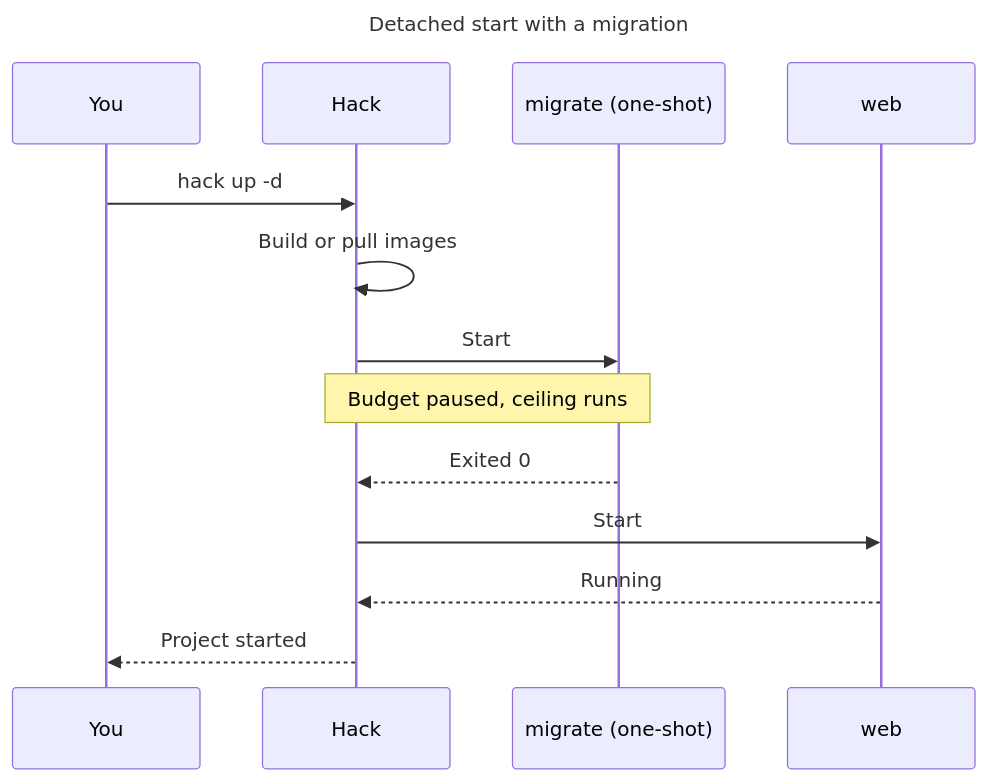
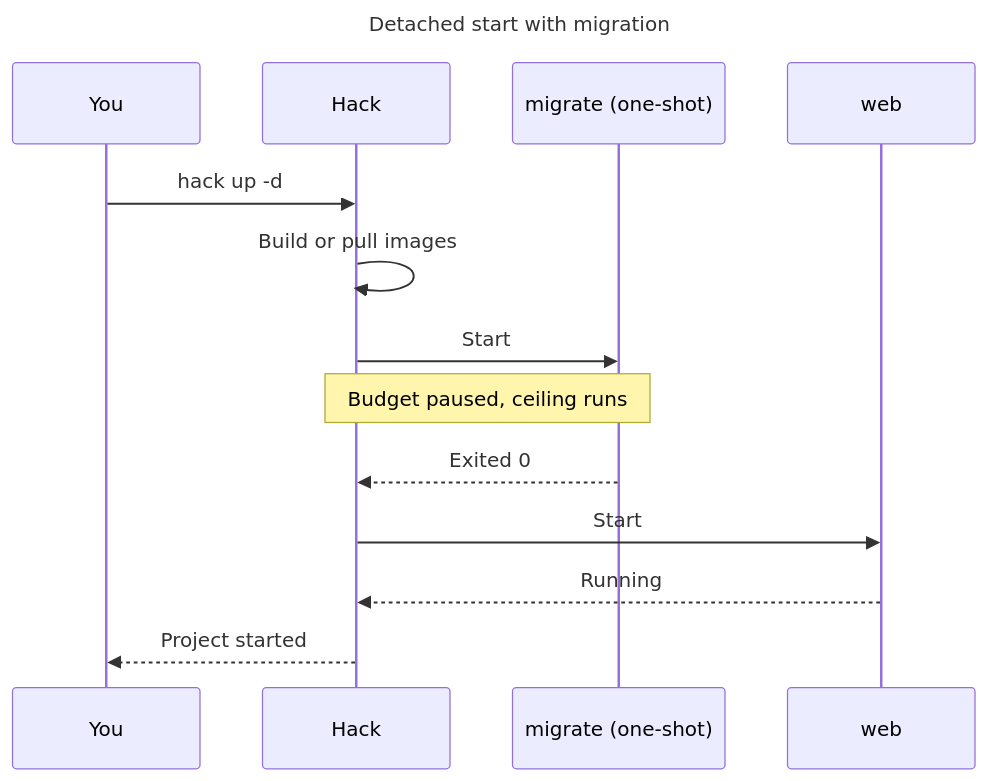
The second of 2 diagrams in docs/versions/v5/getting-started.md (hack-dance/hack), drawn with Mermaid before and after one commit. The commit also changed other lines of this file, not shown here.

First line of the commit message:
docs(start): say which limits have a project setting, ranges and native scope

````diff
--- a/docs/versions/v5/getting-started.md
+++ b/docs/versions/v5/getting-started.md
@@ -122,18 +122,18 @@
 ```mermaid
 ---
-title: Detached start with a migration
+title: Detached start with migration
 ---
 sequenceDiagram
   participant You
   participant Hack
   participant Migrate as migrate (one-shot)
   participant Web as web
   You->>Hack: hack up -d
   Hack->>Hack: Build or pull images
   Hack->>Migrate: Start
   Note over Hack,Migrate: Budget paused, ceiling runs
   Migrate-->>Hack: Exited 0
   Hack->>Web: Start
   Web-->>Hack: Running
   Hack-->>You: Project started
 ```
````
